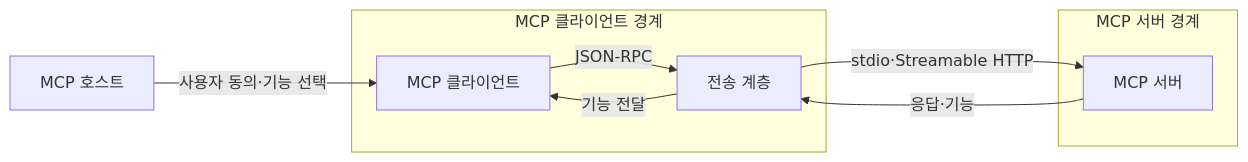
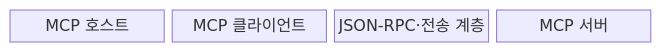
The first of 2 diagrams in src/content/docs/notes/08-latest-tech/006_model_context_protocol.md (agnusdei1207/knowledge-base), drawn with Mermaid before and after one commit. The commit also changed other lines of this file and 9 other files, not shown here.

````diff
--- a/src/content/docs/notes/08-latest-tech/006_model_context_protocol.md
+++ b/src/content/docs/notes/08-latest-tech/006_model_context_protocol.md
@@ -53,16 +54,8 @@
 ```mermaid
-flowchart LR
-    H[MCP 호스트]
-    subgraph C[MCP 클라이언트 경계]
-        CL[MCP 클라이언트]
-        T[전송 계층]
-        CL -->|JSON-RPC| T
-    end
-    subgraph S[MCP 서버 경계]
-        SV[MCP 서버]
-    end
-    H -->|사용자 동의·기능 선택| CL
-    T -->|stdio·Streamable HTTP| SV
-    SV -->|응답·기능| T
-    T -->|기능 전달| CL
+block-beta
+    columns 4
+    H["MCP 호스트"]
+    C["MCP 클라이언트"]
+    T["JSON-RPC·전송 계층"]
+    S["MCP 서버"]
 ```
````
